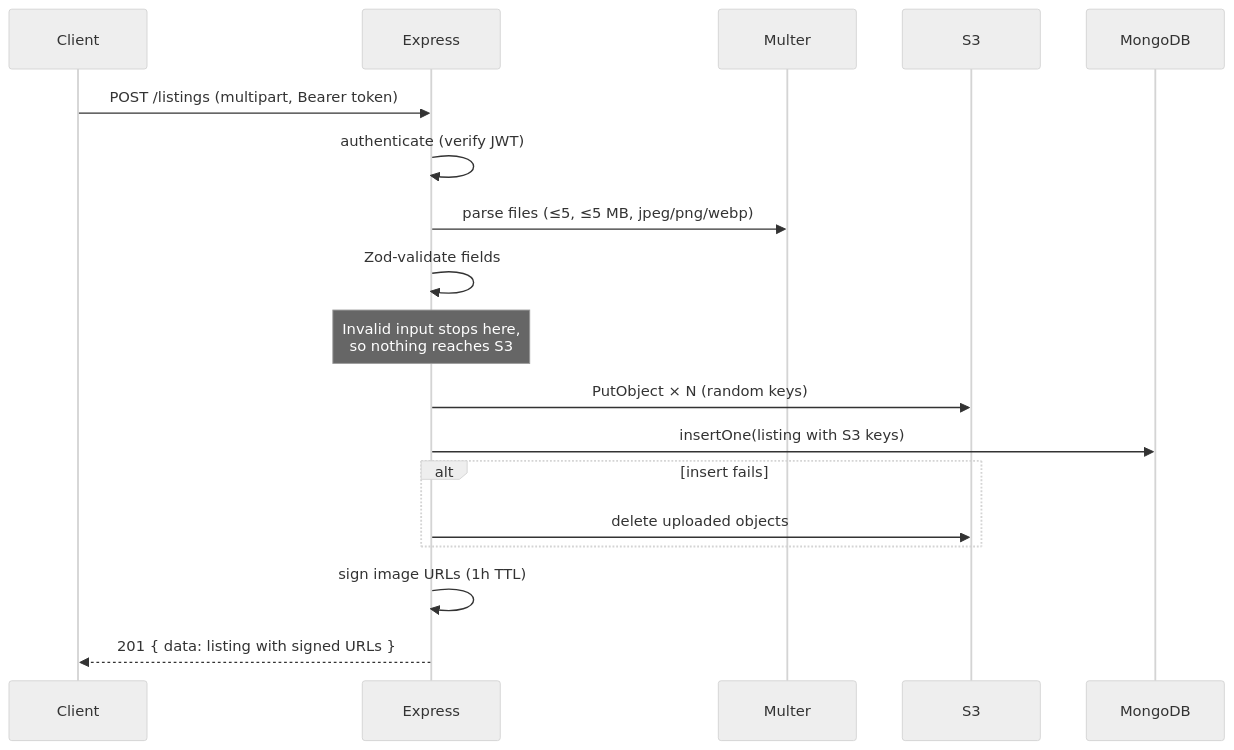
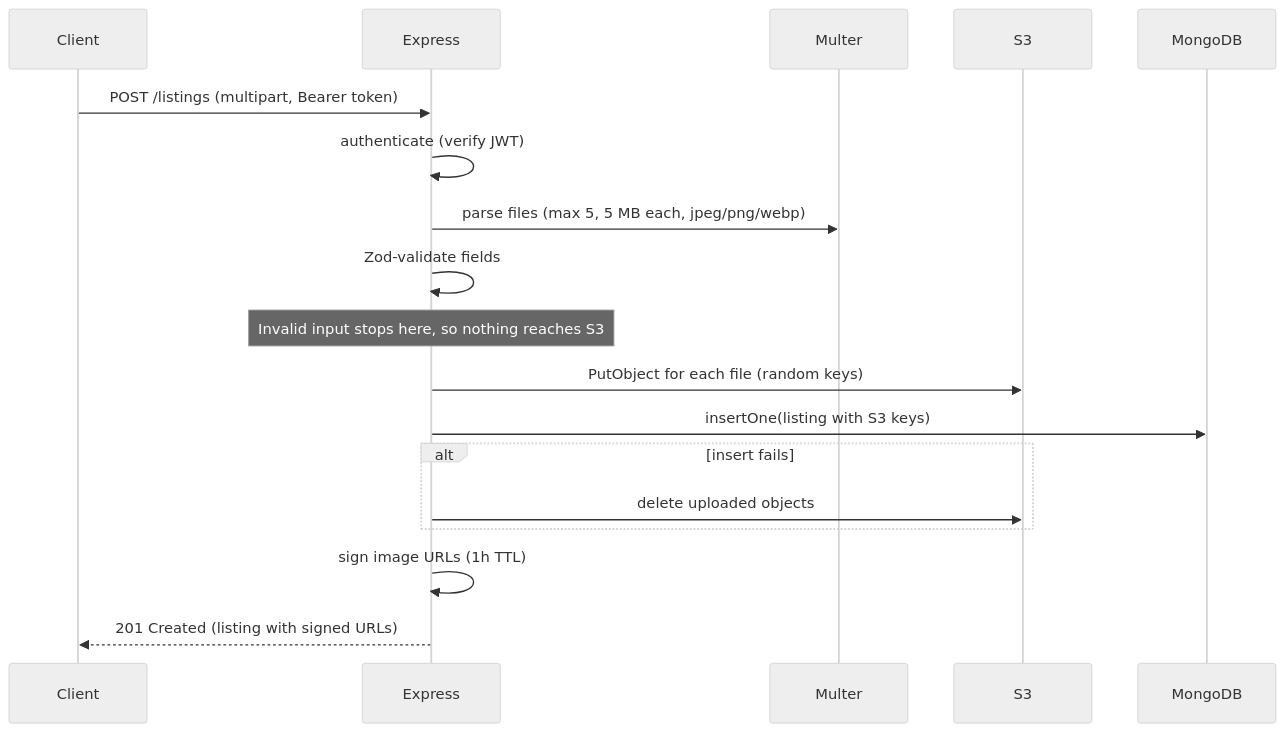
Before and after one commit to Pcharlesme/StoreBackend: the second of 3 diagrams in README.md, drawn with Mermaid (neutral theme). The commit also changed other lines of this file, not shown here.

Commit message:
docs: improve project setup and architecture guide

````diff
--- a/README.md
+++ b/README.md
@@ -67,21 +70,21 @@
 ```mermaid
 sequenceDiagram
     participant C as Client
     participant API as Express
     participant M as Multer
     participant S3
     participant DB as MongoDB
 
     C->>API: POST /listings (multipart, Bearer token)
     API->>API: authenticate (verify JWT)
-    API->>M: parse files (≤5, ≤5 MB, jpeg/png/webp)
+    API->>M: parse files (max 5, 5 MB each, jpeg/png/webp)
     API->>API: Zod-validate fields
-    Note over API: Invalid input stops here,<br/>so nothing reaches S3
-    API->>S3: PutObject × N (random keys)
+    Note over API: Invalid input stops here, so nothing reaches S3
+    API->>S3: PutObject for each file (random keys)
     API->>DB: insertOne(listing with S3 keys)
     alt insert fails
         API->>S3: delete uploaded objects
     end
     API->>API: sign image URLs (1h TTL)
-    API-->>C: 201 { data: listing with signed URLs }
+    API-->>C: 201 Created (listing with signed URLs)
 ```
````
